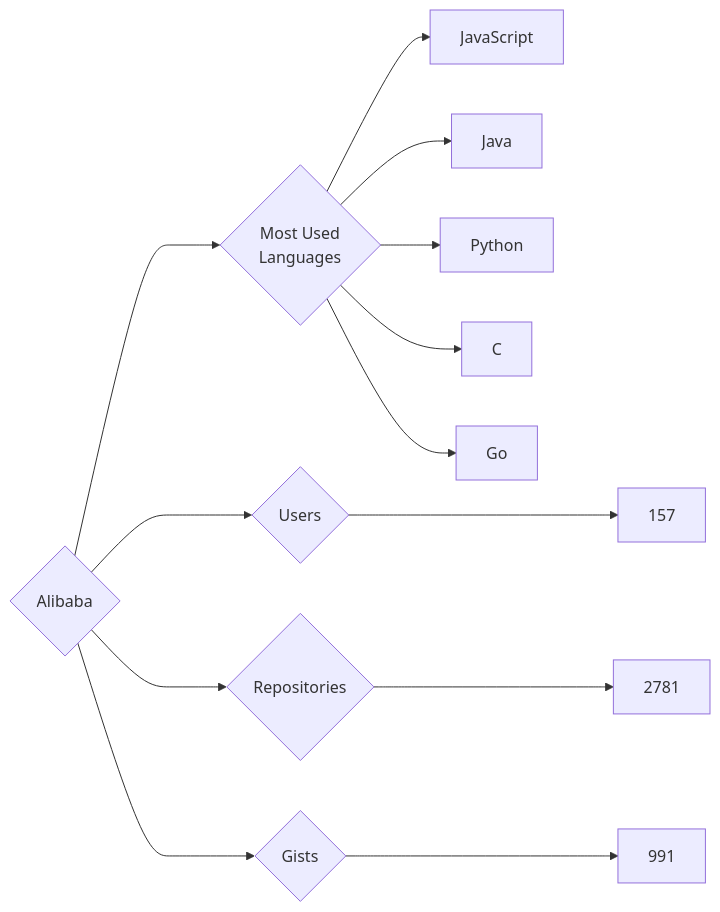
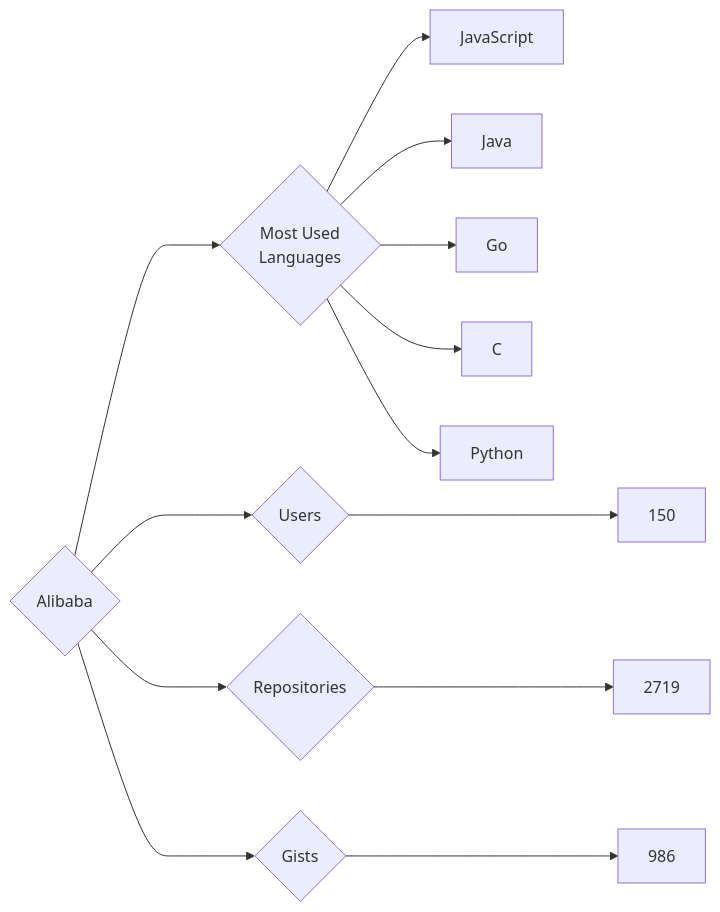
One commit to trickest/insiders changed the diagram in targets/Alibaba/README.md. Above: the diagram before and after it, drawn with Mermaid. The commit also changed 873 other files, not shown here.

````diff
--- a/targets/Alibaba/README.md
+++ b/targets/Alibaba/README.md
@@ -3,13 +3,13 @@
 ```mermaid
 graph LR
 COMPANY_NAME{Alibaba}
-COMPANY_NAME ---> U{Users} ---> UN[157]
-COMPANY_NAME ---> R{Repositories} ---> RN[2781]
-COMPANY_NAME ---> G{Gists} ---> GN[991]
+COMPANY_NAME ---> U{Users} ---> UN[150]
+COMPANY_NAME ---> R{Repositories} ---> RN[2719]
+COMPANY_NAME ---> G{Gists} ---> GN[986]
 COMPANY_NAME ---> ML{Most Used<br>Languages}
 ML --> JavaScript[JavaScript]
 ML --> Java[Java]
+ML --> Go[Go]
+ML --> C[C]
 ML --> Python[Python]
-ML --> C[C]
-ML --> Go[Go]
 ```
````
